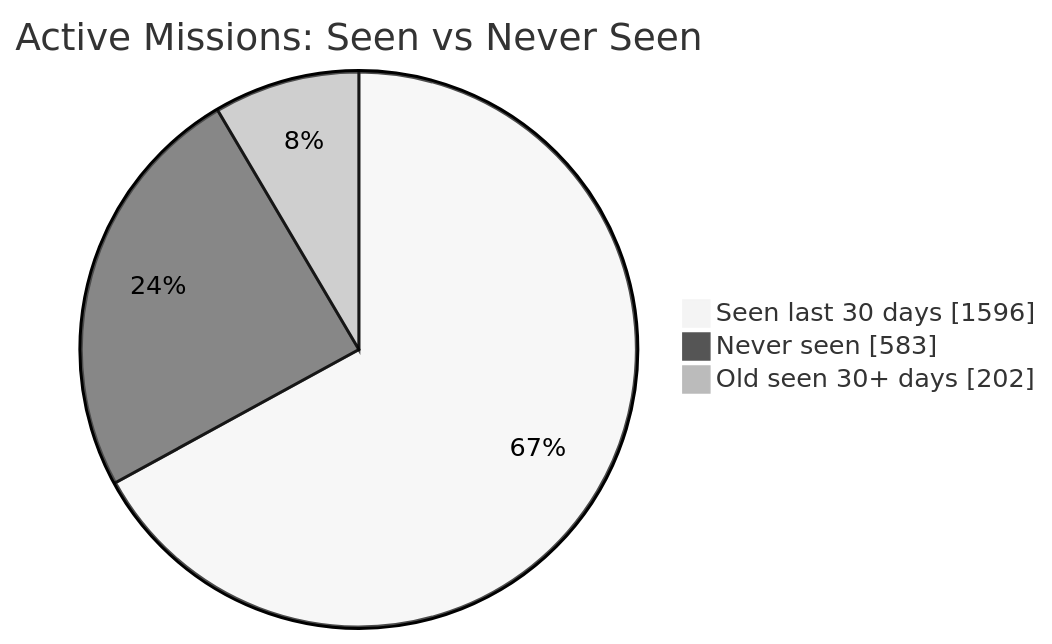
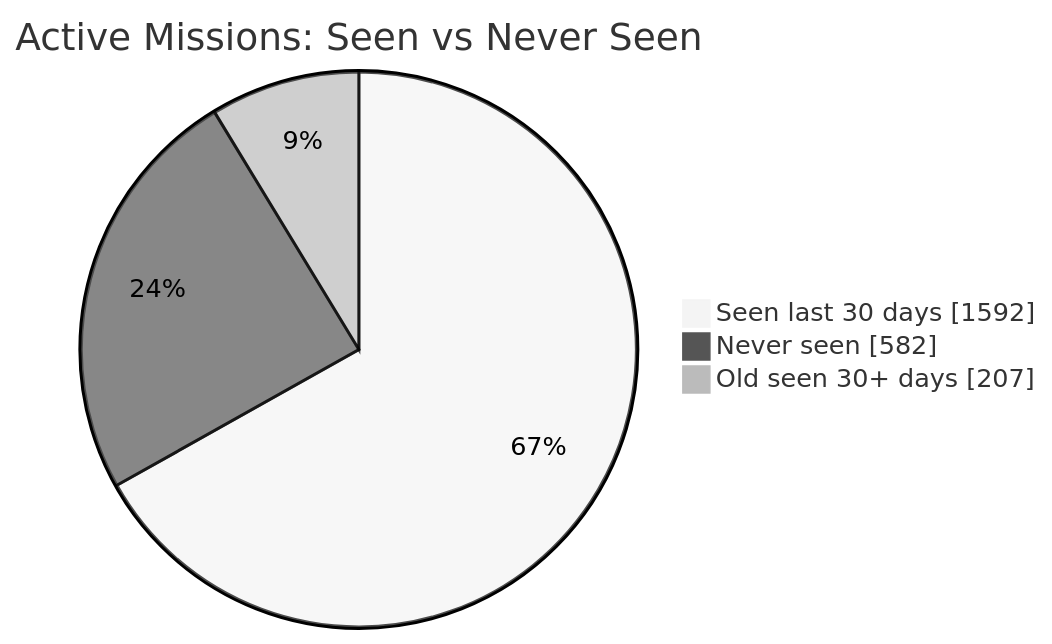
The first of 2 diagrams in README.md (MeldkamerspelGameTeam/active-missions), drawn with Mermaid (neutral theme) before and after one commit. The commit also changed other lines of this file and 4 other files, not shown here.

````diff
--- a/README.md
+++ b/README.md
@@ -34,7 +34,7 @@
 ```mermaid
 pie showData
     title Active Missions: Seen vs Never Seen
-    "Seen last 30 days" : 1596
-    "Never seen" : 583
-    "Old seen 30+ days" : 202
+    "Seen last 30 days" : 1592
+    "Never seen" : 582
+    "Old seen 30+ days" : 207
 ```
````
